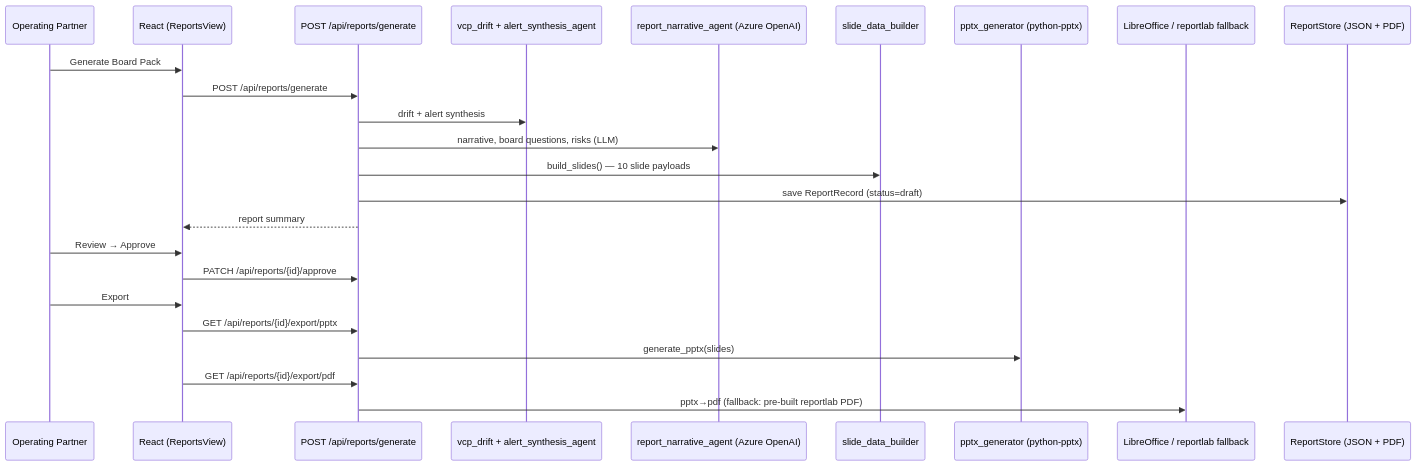
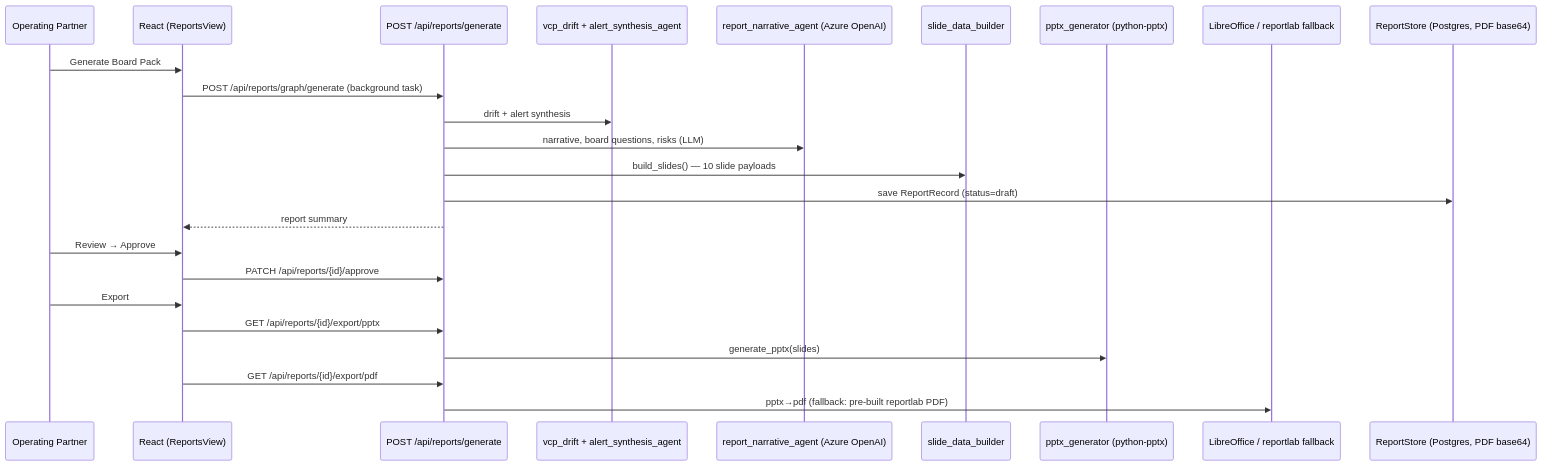
Before and after one commit to Hoarderr69/pe-vc-copilottt: the fifth of 6 diagrams in Architecture.md, drawn with Mermaid. The commit also changed other lines of this file and 24 other files, not shown here.

````diff
--- a/Architecture.md
+++ b/Architecture.md
@@ -301,27 +318,27 @@
 ```mermaid
 sequenceDiagram
     participant U as Operating Partner
     participant FE as React (ReportsView)
     participant API as POST /api/reports/generate
     participant DR as vcp_drift + alert_synthesis_agent
     participant NA as report_narrative_agent (Azure OpenAI)
     participant SDB as slide_data_builder
     participant PPTX as pptx_generator (python-pptx)
     participant PDF as LibreOffice / reportlab fallback
-    participant RS as ReportStore (JSON + PDF)
+    participant RS as ReportStore (Postgres, PDF base64)
 
     U->>FE: Generate Board Pack
-    FE->>API: POST /api/reports/generate
+    FE->>API: POST /api/reports/graph/generate (background task)
     API->>DR: drift + alert synthesis
     API->>NA: narrative, board questions, risks (LLM)
     API->>SDB: build_slides() — 10 slide payloads
     API->>RS: save ReportRecord (status=draft)
     API-->>FE: report summary
     U->>FE: Review → Approve
     FE->>API: PATCH /api/reports/{id}/approve
     U->>FE: Export
     FE->>API: GET /api/reports/{id}/export/pptx
     API->>PPTX: generate_pptx(slides)
     FE->>API: GET /api/reports/{id}/export/pdf
     API->>PDF: pptx→pdf (fallback: pre-built reportlab PDF)
 ```
````
